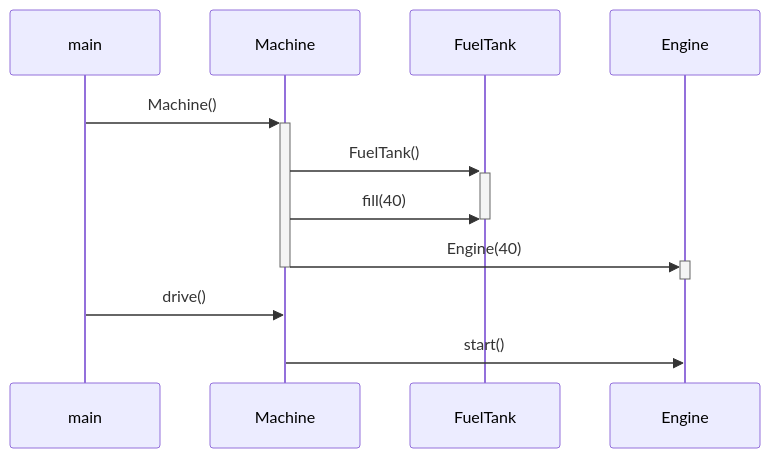
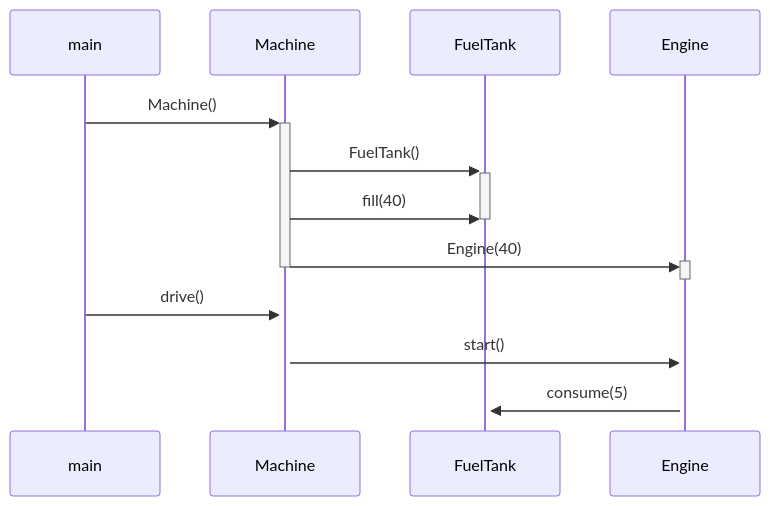
Before and after one commit to lenbie/Expense-Tracker-Project: the diagram in laskarit/viikko3/task3.md, drawn with Mermaid.

`````diff
--- a/laskarit/viikko3/task3.md
+++ b/laskarit/viikko3/task3.md
@@ -1,14 +1,16 @@
 ```mermaid
 
   sequenceDiagram
     main->>+Machine: Machine()
     Machine->>+FuelTank: FuelTank()
     Machine->>FuelTank: fill(40)
     deactivate FuelTank
     Machine->>+Engine: Engine(40)
     deactivate Engine
     deactivate Machine
-    main->>Machine: drive()
-    Machine->>Engine: start()
+    main->>+Machine: drive()
+    Machine->>+Engine: start()
+    Engine->>+FuelTank: consume(5)
+    
     
 ````
`````
